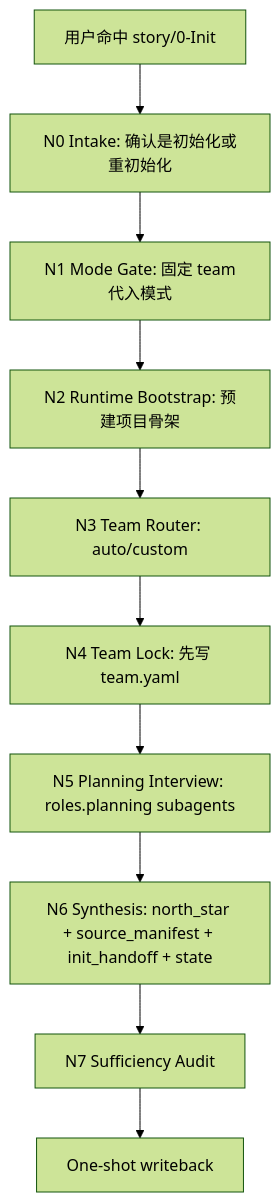
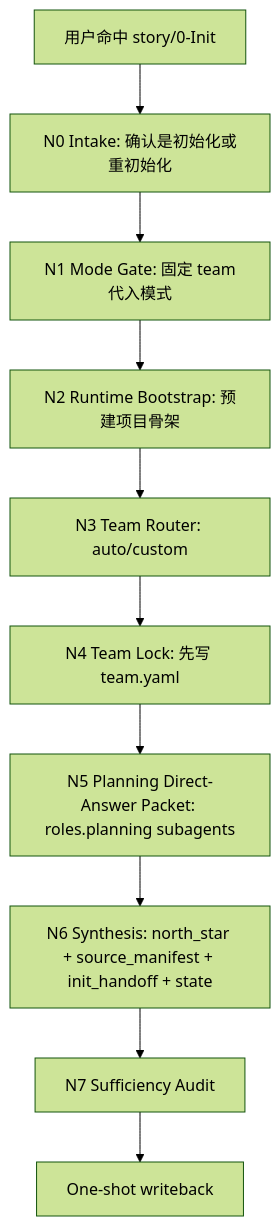
Before and after one commit to ZEN-VOID/AI-CUT: the first of 4 diagrams in .agents/skills/story/0-Init/SKILL.md, drawn with Mermaid (forest theme). The commit also changed other lines of this file and 234 other files, not shown here.

````diff
--- a/.agents/skills/story/0-Init/SKILL.md
+++ b/.agents/skills/story/0-Init/SKILL.md
@@ -98,12 +98,12 @@
 ```mermaid
 flowchart TD
     A["用户命中 story/0-Init"] --> B["N0 Intake: 确认是初始化或重初始化"]
     B --> C["N1 Mode Gate: 固定 team代入模式"]
     C --> D["N2 Runtime Bootstrap: 预建项目骨架"]
     D --> E["N3 Team Router: auto/custom"]
     E --> F["N4 Team Lock: 先写 team.yaml"]
-    F --> G["N5 Planning Interview: roles.planning subagents"]
+    F --> G["N5 Planning Direct-Answer Packet: roles.planning subagents"]
     G --> H["N6 Synthesis: north_star + source_manifest + init_handoff + state"]
     H --> I["N7 Sufficiency Audit"]
     I --> J["One-shot writeback"]
 ```
````
